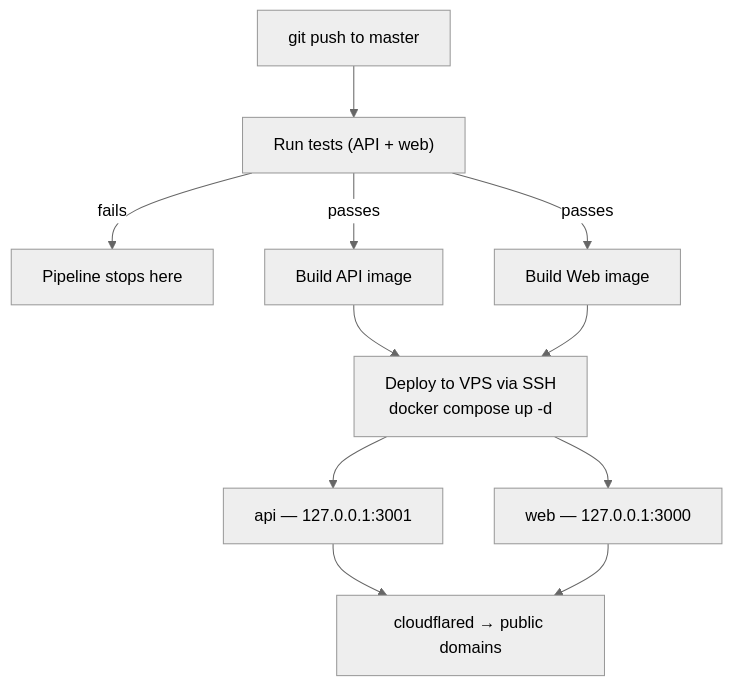
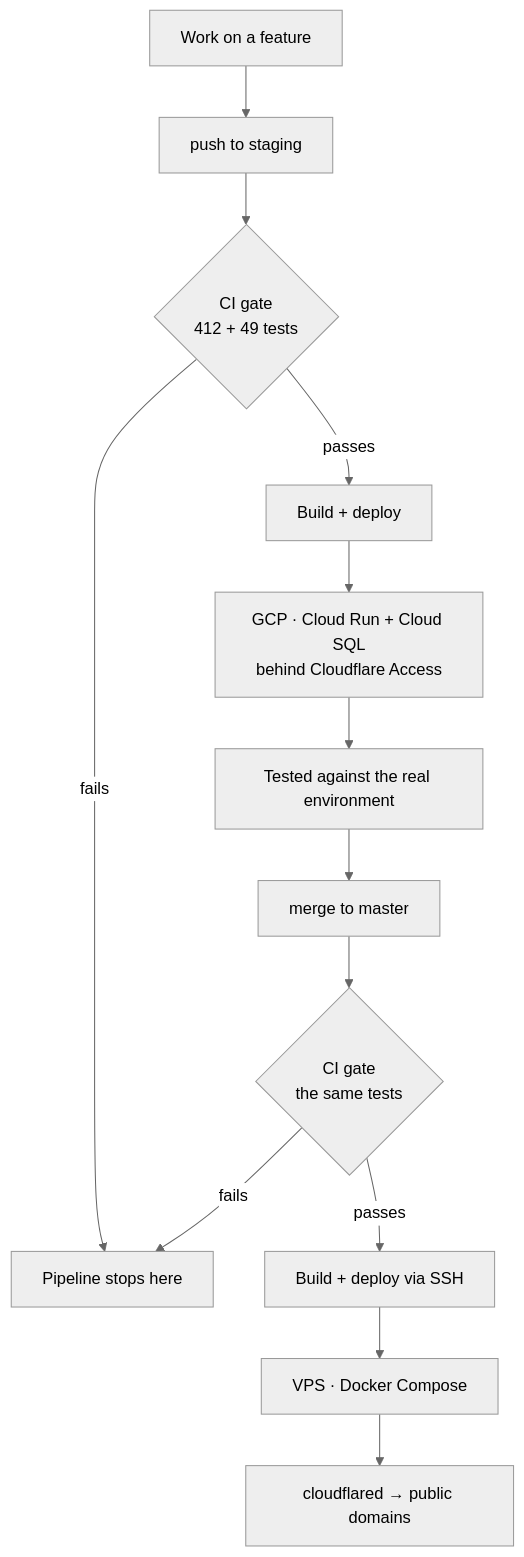
Before and after one commit to joaoboy89/guau: the diagram in README.md, drawn with Mermaid (neutral theme). The commit also changed other lines of this file and 1 other file, not shown here.

Commit message:
docs(readme): reflejar el pipeline real staging->master en los dos idiomas
El diagrama todavia mostraba el flujo viejo (push directo a master).
Se actualiza para mostrar el gate de CI en cada rama, el paso por GCP
staging contra el ambiente real, y recien despues el deploy a master
via VPS. Se saca ademas la seccion "Documentacion adicional" sobre
docs/, que quedaba redundante con la nota que ya esta en la seccion
de estructura del repo.

````diff
--- a/README.md
+++ b/README.md
@@ -173,11 +172,15 @@
 ```mermaid
 flowchart TD
-    A[git push to master] --> B["Run tests (API + web)"]
-    B -->|fails| C[Pipeline stops here]
-    B -->|passes| D[Build API image]
-    B -->|passes| E[Build Web image]
-    D & E --> F["Deploy to VPS via SSH\ndocker compose up -d"]
-    F --> G[api — 127.0.0.1:3001]
-    F --> H[web — 127.0.0.1:3000]
-    G & H --> I[cloudflared → public domains]
+    A[Work on a feature] --> B[push to staging]
+    B --> C{CI gate<br/>412 + 49 tests}
+    C -->|fails| X[Pipeline stops here]
+    C -->|passes| D[Build + deploy]
+    D --> E[GCP · Cloud Run + Cloud SQL<br/>behind Cloudflare Access]
+    E --> F[Tested against the real environment]
+    F --> G[merge to master]
+    G --> H{CI gate<br/>the same tests}
+    H -->|fails| X
+    H -->|passes| I[Build + deploy via SSH]
+    I --> J[VPS · Docker Compose]
+    J --> K[cloudflared → public domains]
 ```
````
